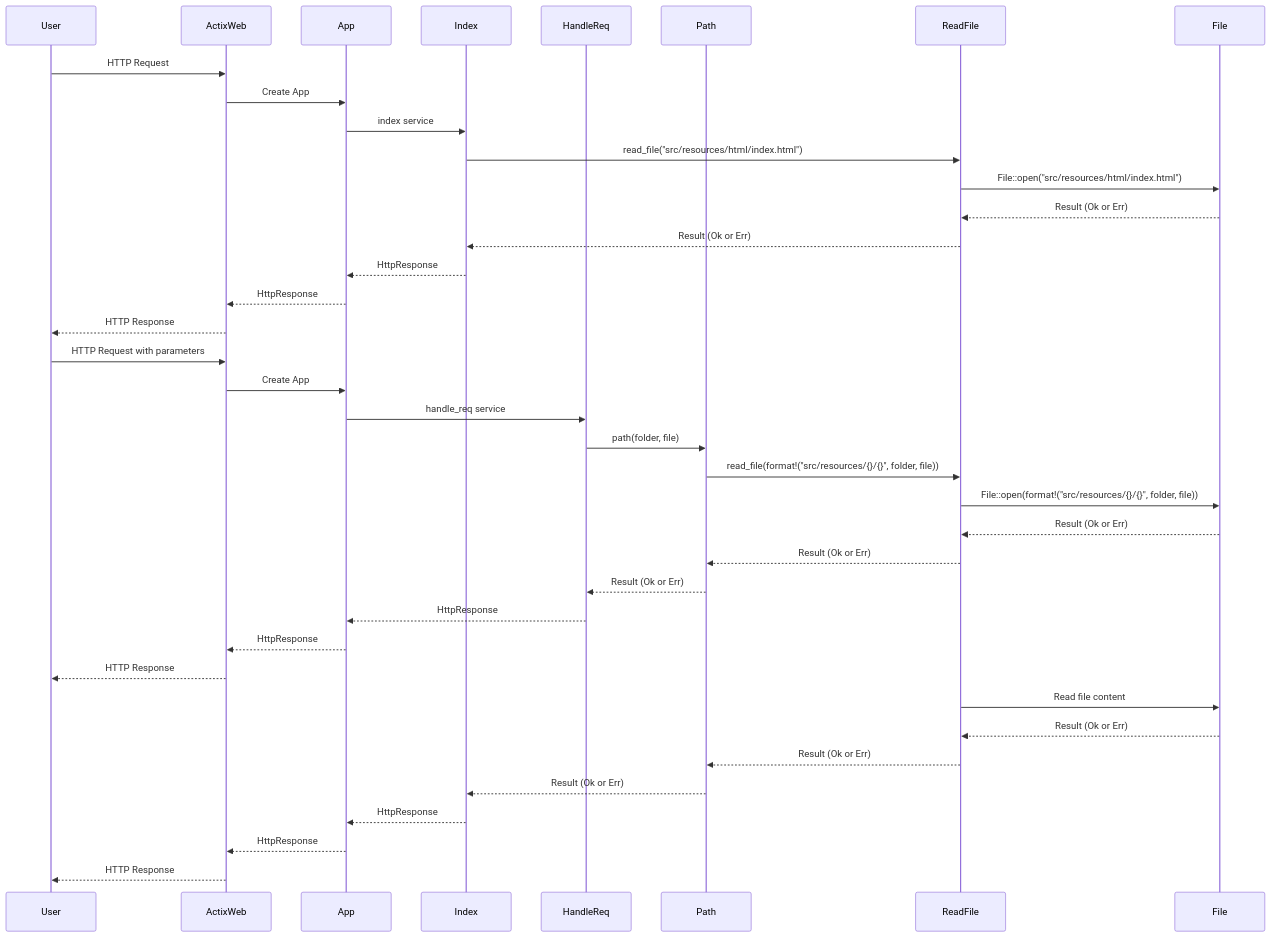
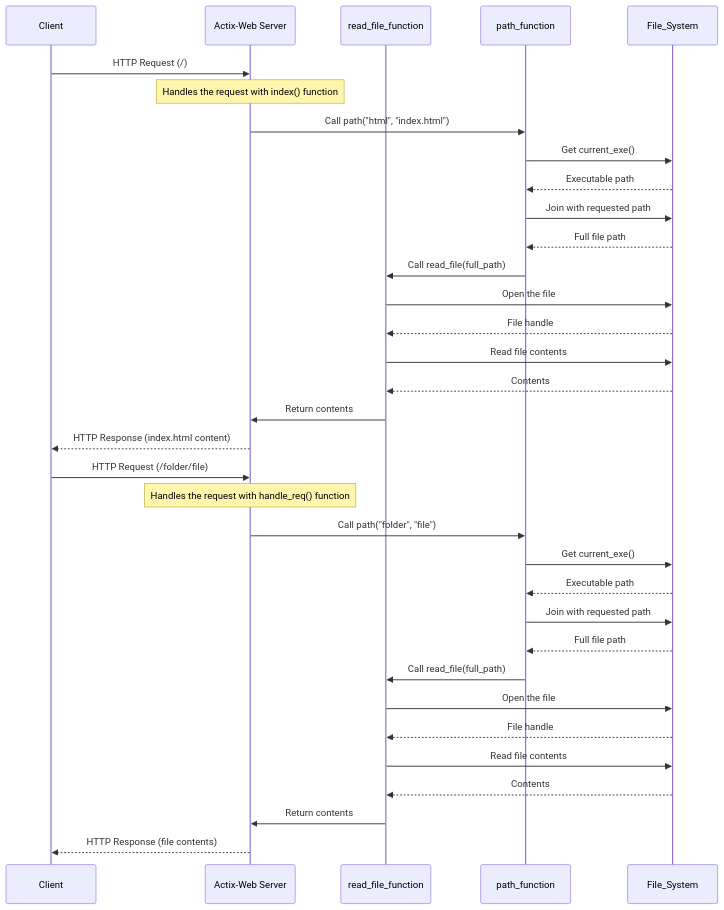
The diagram in grahp.md (3QNRpDwD/GJ_StampTour), drawn with Mermaid before and after one commit.

Commit message:
3차 업데이트, 다이어그램 수정

````diff
--- a/grahp.md
+++ b/grahp.md
@@ -1,42 +1,42 @@
 ```mermaid
 sequenceDiagram
-    participant User
-    participant ActixWeb
-    participant App
-    participant Index
-    participant HandleReq
-    participant Path
-    participant ReadFile
+    participant Client
+    participant Actix-Web Server
+    participant read_file_function
+    participant path_function
+    participant File_System
 
-    User->>ActixWeb: HTTP Request
-    ActixWeb->>App: Create App
-    App->>Index: index service
-    Index->>ReadFile: read_file("src/resources/html/index.html")
-    ReadFile->>File: File::open("src/resources/html/index.html")
-    File-->>ReadFile: Result (Ok or Err)
-    ReadFile-->>Index: Result (Ok or Err)
-    Index-->>App: HttpResponse
-    App-->>ActixWeb: HttpResponse
-    ActixWeb-->>User: HTTP Response
+    Client ->> Actix-Web Server: HTTP Request (/)
+    Note over Actix-Web Server: Handles the request with index() function
 
-    User->>ActixWeb: HTTP Request with parameters
-    ActixWeb->>App: Create App
-    App->>HandleReq: handle_req service
-    HandleReq->>Path: path(folder, file)
-    Path->>ReadFile: read_file(format!("src/resources/{}/{}", folder, file))
-    ReadFile->>File: File::open(format!("src/resources/{}/{}", folder, file))
-    File-->>ReadFile: Result (Ok or Err)
-    ReadFile-->>Path: Result (Ok or Err)
-    Path-->>HandleReq: Result (Ok or Err)
-    HandleReq-->>App: HttpResponse
-    App-->>ActixWeb: HttpResponse
-    ActixWeb-->>User: HTTP Response
+    Actix-Web Server ->> path_function: Call path("html", "index.html")
+    path_function ->> File_System: Get current_exe()
+    File_System -->> path_function: Executable path
+    path_function ->> File_System: Join with requested path
+    File_System -->> path_function: Full file path
+    path_function ->> read_file_function: Call read_file(full_path)
+    read_file_function ->> File_System: Open the file
+    File_System -->> read_file_function: File handle
+    read_file_function ->> File_System: Read file contents
+    File_System -->> read_file_function: Contents
+    read_file_function ->> Actix-Web Server: Return contents
 
-    ReadFile->>File: Read file content
-    File-->>ReadFile: Result (Ok or Err)
-    ReadFile-->>Path: Result (Ok or Err)
-    Path-->>Index: Result (Ok or Err)
-    Index-->>App: HttpResponse
-    App-->>ActixWeb: HttpResponse
-    ActixWeb-->>User: HTTP Response
+    Actix-Web Server -->> Client: HTTP Response (index.html content)
+
+    Client ->> Actix-Web Server: HTTP Request (/folder/file)
+    Note over Actix-Web Server: Handles the request with handle_req() function
+
+    Actix-Web Server ->> path_function: Call path("folder", "file")
+    path_function ->> File_System: Get current_exe()
+    File_System -->> path_function: Executable path
+    path_function ->> File_System: Join with requested path
+    File_System -->> path_function: Full file path
+    path_function ->> read_file_function: Call read_file(full_path)
+    read_file_function ->> File_System: Open the file
+    File_System -->> read_file_function: File handle
+    read_file_function ->> File_System: Read file contents
+    File_System -->> read_file_function: Contents
+    read_file_function ->> Actix-Web Server: Return contents
+
+    Actix-Web Server -->> Client: HTTP Response (file contents)
 ```
````
